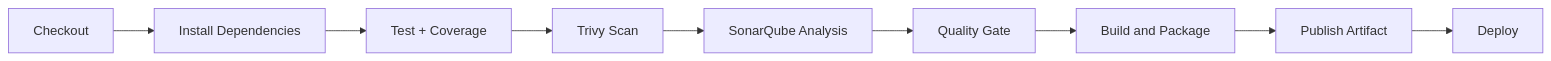
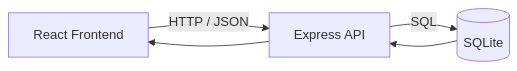
Before and after one commit to lysonmnk/ifs24024-pabwe2026-nextt: the first of 2 diagrams in README.md, drawn with Mermaid. The commit also changed other lines of this file, not shown here.

````diff
--- a/README.md
+++ b/README.md
@@ -453,11 +140,7 @@
 ```mermaid
 flowchart LR
-    A[Checkout] --> B[Install Dependencies]
-    B --> C[Test + Coverage]
-    C --> D[Trivy Scan]
-    D --> E[SonarQube Analysis]
-    E --> F[Quality Gate]
-    F --> G[Build and Package]
-    G --> H[Publish Artifact]
-    H --> I[Deploy]
+    A[React Frontend] -- HTTP / JSON --> B[Express API]
+    B -- SQL --> C[(SQLite)]
+    C --> B
+    B --> A
 ```
````
